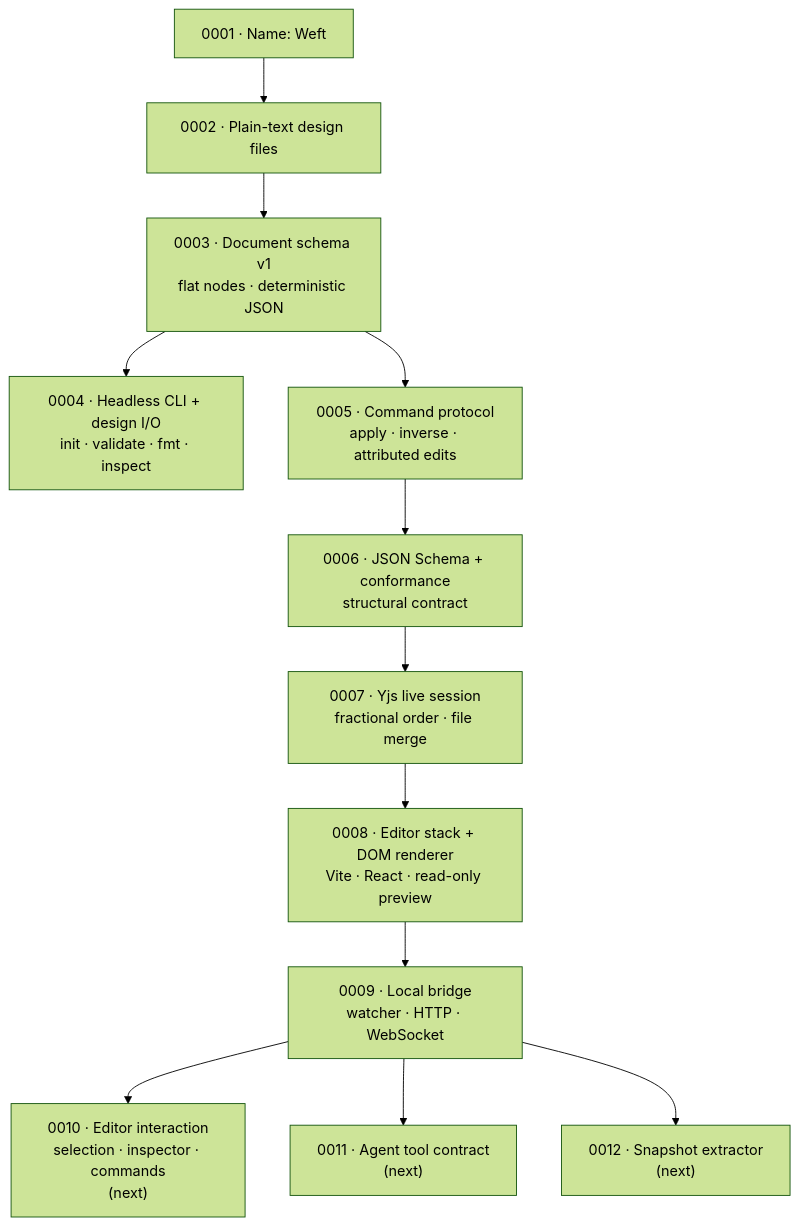
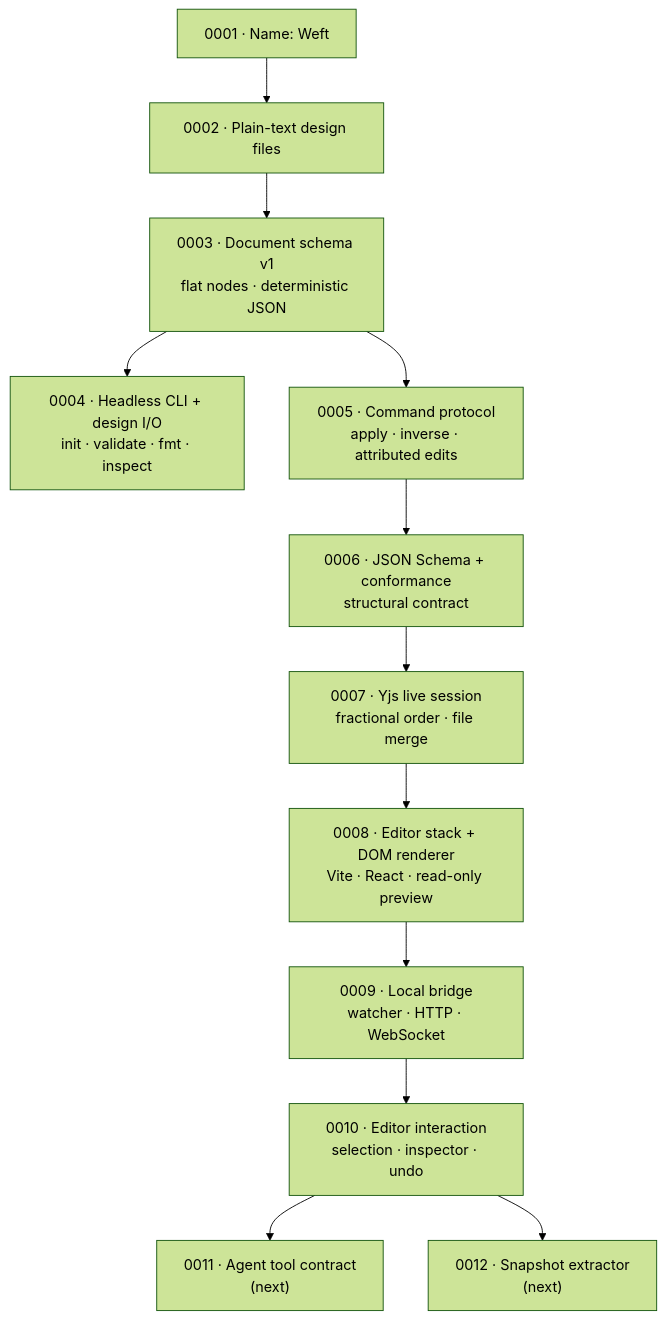
Before and after one commit to Pranesh-Selvaraj/Weft: the diagram in docs/decisions/README.md, drawn with Mermaid (forest theme). The commit also changed other lines of this file and 20 other files, not shown here.

First line of the commit message:
Add browser editing with inspector, commands, and undo

````diff
--- a/docs/decisions/README.md
+++ b/docs/decisions/README.md
@@ -32,14 +33,14 @@
 ```mermaid
 graph TD
     A["0001 · Name: Weft"] --> B["0002 · Plain-text design files"]
     B --> C["0003 · Document schema v1<br/>flat nodes · deterministic JSON"]
     C --> D["0004 · Headless CLI + design I/O<br/>init · validate · fmt · inspect"]
     C --> E["0005 · Command protocol<br/>apply · inverse · attributed edits"]
     E --> F["0006 · JSON Schema + conformance<br/>structural contract"]
     F --> G["0007 · Yjs live session<br/>fractional order · file merge"]
     G --> H["0008 · Editor stack + DOM renderer<br/>Vite · React · read-only preview"]
     H --> I["0009 · Local bridge<br/>watcher · HTTP · WebSocket"]
-    I --> J["0010 · Editor interaction<br/>selection · inspector · commands<br/>(next)"]
-    I --> K["0011 · Agent tool contract<br/>(next)"]
-    I --> L["0012 · Snapshot extractor<br/>(next)"]
+    I --> J["0010 · Editor interaction<br/>selection · inspector · undo"]
+    J --> K["0011 · Agent tool contract<br/>(next)"]
+    J --> L["0012 · Snapshot extractor<br/>(next)"]
 ```
````
